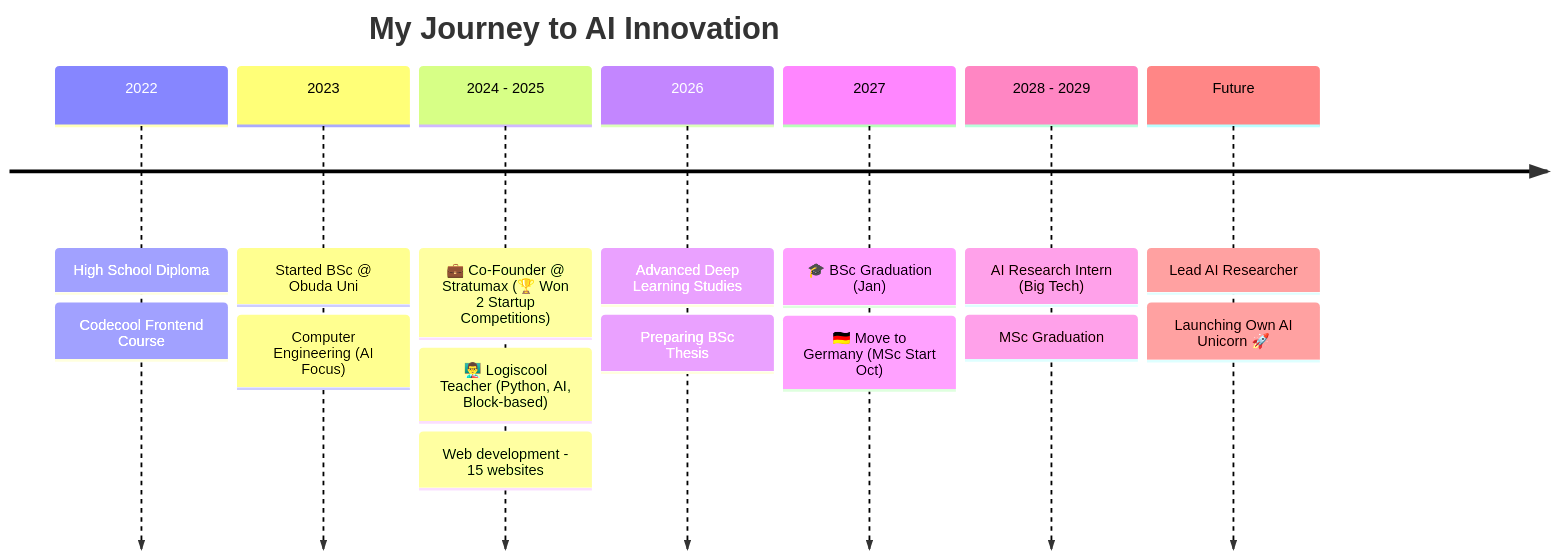
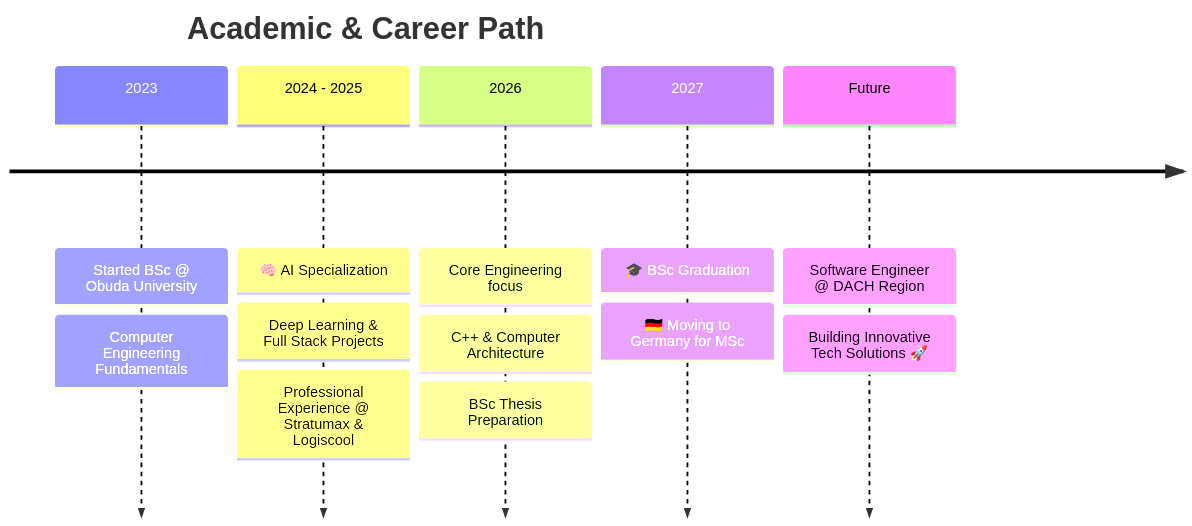
Before and after one commit to MarkBenWagner/MarkBenWagner: the diagram in README.md, drawn with Mermaid. The commit also changed other lines of this file, not shown here.

````diff
--- a/README.md
+++ b/README.md
@@ -74,26 +44,21 @@
 ```mermaid 
 timeline
-    title My Journey to AI Innovation
-    2022
-        : High School Diploma
-        : Codecool Frontend Course
+    title Academic & Career Path
     2023
-        : Started BSc @ Obuda Uni
-        : Computer Engineering (AI Focus)
+        : Started BSc @ Obuda University
+        : Computer Engineering Fundamentals
     2024 - 2025
-        : 💼 Co-Founder @ Stratumax (🏆 Won 2 Startup Competitions)
-        : 👨‍🏫 Logiscool Teacher (Python, AI, Block-based)
-        : Web development - 15 websites
+        : 🧠 AI Specialization
+        : Deep Learning & Full Stack Projects
+        : Professional Experience @ Stratumax & Logiscool
     2026
-        : Advanced Deep Learning Studies
-        : Preparing BSc Thesis
+        : Core Engineering focus
+        : C++ & Computer Architecture
+        : BSc Thesis Preparation
     2027
-        : 🎓 BSc Graduation (Jan)
-        : 🇩🇪 Move to Germany (MSc Start Oct)
-    2028 - 2029
-        : AI Research Intern (Big Tech)
-        : MSc Graduation
+        : 🎓 BSc Graduation
+        : 🇩🇪 Moving to Germany for MSc
     Future
-        : Lead AI Researcher
-        : Launching Own AI Unicorn 🚀
+        : Software Engineer @ DACH Region
+        : Building Innovative Tech Solutions 🚀
 ```
````
